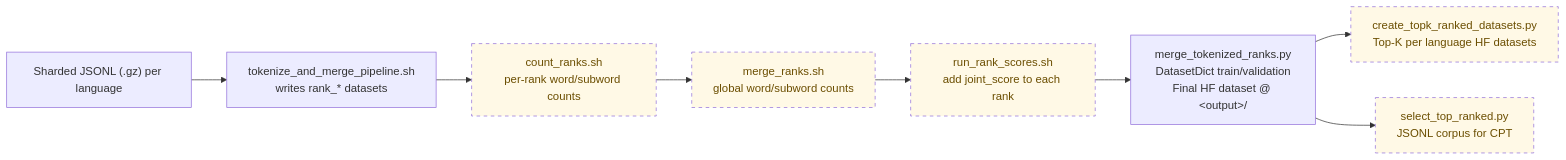
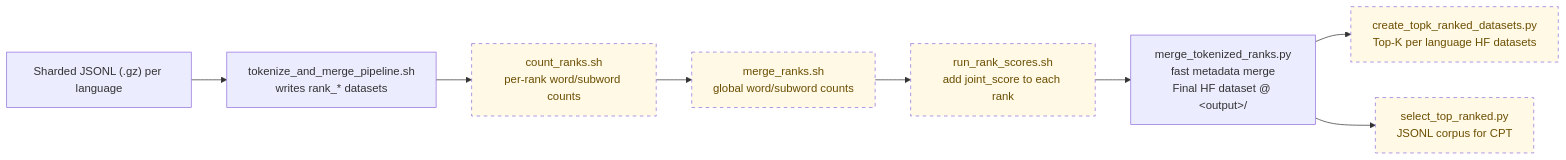
The diagram in approaches/CoLA/distributed_data_processor/README.md (dice-group/HTYLLM-PG), drawn with Mermaid before and after one commit. The commit also changed other lines of this file and 6 other files, not shown here.

Commit message:
drastically simplified merge, just by linking tokenized ranks

````diff
--- a/approaches/CoLA/distributed_data_processor/README.md
+++ b/approaches/CoLA/distributed_data_processor/README.md
@@ -16,18 +16,18 @@
 ```mermaid
 flowchart LR
     A["Sharded JSONL (.gz) per language"]
     B["tokenize_and_merge_pipeline.sh<br>writes rank_* datasets"]
     C["count_ranks.sh<br>per-rank word/subword counts"]
     D["merge_ranks.sh<br>global word/subword counts"]
     E["run_rank_scores.sh<br>add joint_score to each rank"]
-    F["merge_tokenized_ranks.py<br>DatasetDict train/validation<br>Final HF dataset @ &lt;output&gt;/"]
+    F["merge_tokenized_ranks.py<br>fast metadata merge<br>Final HF dataset @ &lt;output&gt;/"]
     G1["create_topk_ranked_datasets.py<br>Top-K per language HF datasets"]
     G2["select_top_ranked.py<br>JSONL corpus for CPT"]
 
     A --> B --> C --> D --> E --> F
     F --> G1
     F --> G2
 
     classDef optional fill:#fff9e6,stroke-dasharray:5 5,color:#6b4e00
     class C,D,E,G1,G2 optional
 ```
````
